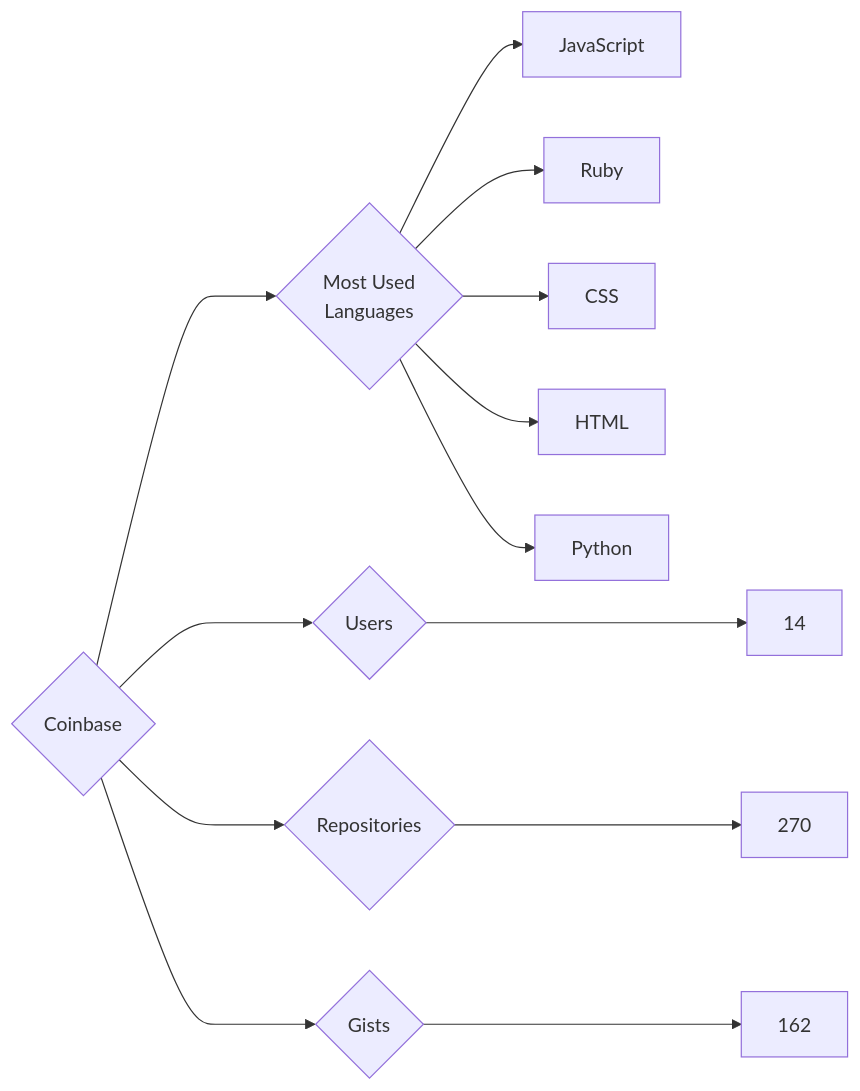
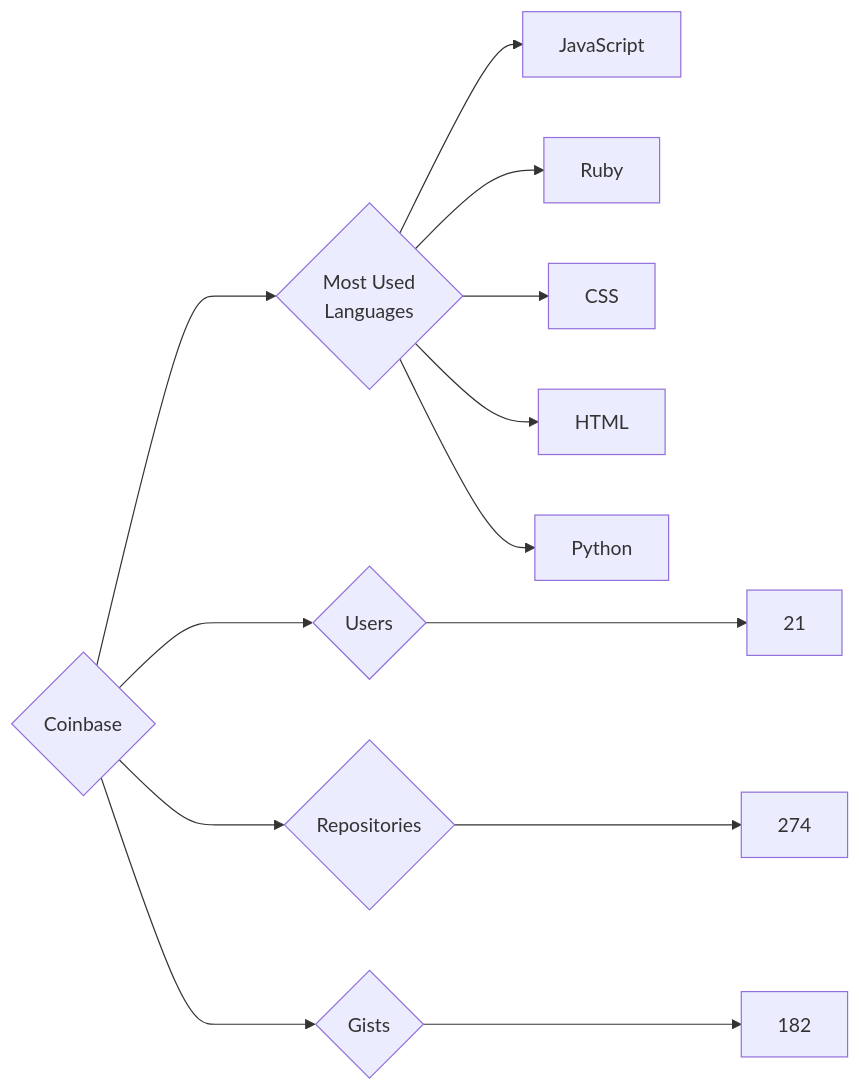
Before and after one commit to trickest/insiders: the diagram in targets/Coinbase/README.md, drawn with Mermaid. The commit also changed 894 other files, not shown here.

````diff
--- a/targets/Coinbase/README.md
+++ b/targets/Coinbase/README.md
@@ -3,13 +3,13 @@
 ```mermaid
 graph LR
 COMPANY_NAME{Coinbase}
-COMPANY_NAME ---> U{Users} ---> UN[14]
-COMPANY_NAME ---> R{Repositories} ---> RN[270]
-COMPANY_NAME ---> G{Gists} ---> GN[162]
+COMPANY_NAME ---> U{Users} ---> UN[21]
+COMPANY_NAME ---> R{Repositories} ---> RN[274]
+COMPANY_NAME ---> G{Gists} ---> GN[182]
 COMPANY_NAME ---> ML{Most Used<br>Languages}
 ML --> JavaScript[JavaScript]
 ML --> Ruby[Ruby]
 ML --> CSS[CSS]
 ML --> HTML[HTML]
 ML --> Python[Python]
 ```
````
